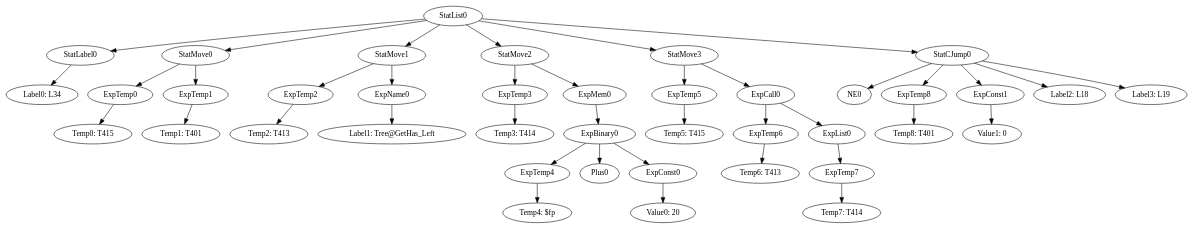
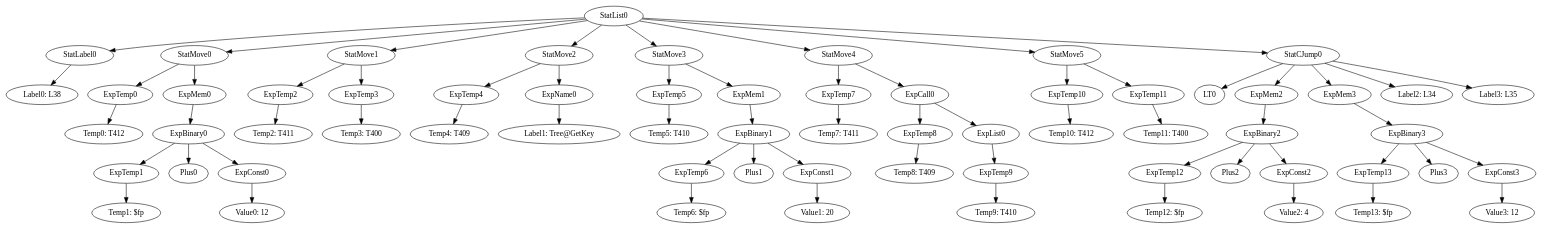
Before and after one commit to team-compilers/compilers: the diagram in MiniJava/results/SamplesCorrect/TreeVisitor/Tree@Delete/blocks/3.gv, drawn with Graphviz. The commit also changed 569 other files, not shown here.

```diff
--- a/MiniJava/results/SamplesCorrect/TreeVisitor/Tree@Delete/blocks/3.gv
+++ b/MiniJava/results/SamplesCorrect/TreeVisitor/Tree@Delete/blocks/3.gv
@@ -1,42 +1,67 @@
 digraph {
 	ordering = out;
-	ExpConst1 -> "Value1: 0";
-	ExpName0 -> "Label1: Tree@GetHas_Left";
-	StatMove2 -> ExpTemp3;
-	StatMove2 -> ExpMem0;
-	ExpTemp2 -> "Temp2: T413";
-	ExpTemp3 -> "Temp3: T414";
-	StatLabel0 -> "Label0: L34";
+	ExpMem3 -> ExpBinary3;
+	ExpConst3 -> "Value3: 12";
+	ExpBinary3 -> ExpTemp13;
+	ExpBinary3 -> Plus3;
+	ExpBinary3 -> ExpConst3;
+	ExpTemp13 -> "Temp13: $fp";
+	ExpConst2 -> "Value2: 4";
+	ExpBinary2 -> ExpTemp12;
+	ExpBinary2 -> Plus2;
+	ExpBinary2 -> ExpConst2;
+	ExpList0 -> ExpTemp9;
+	ExpTemp9 -> "Temp9: T410";
+	ExpMem2 -> ExpBinary2;
+	ExpCall0 -> ExpTemp8;
+	ExpCall0 -> ExpList0;
+	StatCJump0 -> LT0;
+	StatCJump0 -> ExpMem2;
+	StatCJump0 -> ExpMem3;
+	StatCJump0 -> "Label2: L34";
+	StatCJump0 -> "Label3: L35";
+	ExpTemp8 -> "Temp8: T409";
+	StatMove1 -> ExpTemp2;
+	StatMove1 -> ExpTemp3;
+	StatMove5 -> ExpTemp10;
+	StatMove5 -> ExpTemp11;
+	ExpConst1 -> "Value1: 20";
+	ExpBinary1 -> ExpTemp6;
+	ExpBinary1 -> Plus1;
+	ExpBinary1 -> ExpConst1;
+	ExpTemp10 -> "Temp10: T412";
+	ExpTemp2 -> "Temp2: T411";
+	StatMove2 -> ExpTemp4;
+	StatMove2 -> ExpName0;
+	ExpConst0 -> "Value0: 12";
+	ExpMem1 -> ExpBinary1;
+	StatLabel0 -> "Label0: L38";
 	StatList0 -> StatLabel0;
 	StatList0 -> StatMove0;
 	StatList0 -> StatMove1;
 	StatList0 -> StatMove2;
 	StatList0 -> StatMove3;
+	StatList0 -> StatMove4;
+	StatList0 -> StatMove5;
 	StatList0 -> StatCJump0;
-	ExpTemp0 -> "Temp0: T415";
-	StatMove0 -> ExpTemp0;
-	StatMove0 -> ExpTemp1;
-	ExpTemp7 -> "Temp7: T414";
-	ExpTemp4 -> "Temp4: $fp";
-	ExpCall0 -> ExpTemp6;
-	ExpCall0 -> ExpList0;
-	ExpBinary0 -> ExpTemp4;
+	ExpTemp0 -> "Temp0: T412";
+	ExpTemp12 -> "Temp12: $fp";
+	ExpBinary0 -> ExpTemp1;
 	ExpBinary0 -> Plus0;
 	ExpBinary0 -> ExpConst0;
-	ExpConst0 -> "Value0: 20";
+	StatMove0 -> ExpTemp0;
+	StatMove0 -> ExpMem0;
+	ExpTemp3 -> "Temp3: T400";
+	ExpName0 -> "Label1: Tree@GetKey";
+	ExpTemp4 -> "Temp4: T409";
+	ExpTemp7 -> "Temp7: T411";
+	ExpTemp1 -> "Temp1: $fp";
+	ExpTemp5 -> "Temp5: T410";
+	ExpTemp11 -> "Temp11: T400";
+	StatMove3 -> ExpTemp5;
+	StatMove3 -> ExpMem1;
+	ExpTemp6 -> "Temp6: $fp";
 	ExpMem0 -> ExpBinary0;
-	ExpTemp1 -> "Temp1: T401";
-	ExpTemp5 -> "Temp5: T415";
-	StatMove3 -> ExpTemp5;
-	StatMove3 -> ExpCall0;
-	ExpTemp6 -> "Temp6: T413";
-	ExpList0 -> ExpTemp7;
-	StatMove1 -> ExpTemp2;
-	StatMove1 -> ExpName0;
-	ExpTemp8 -> "Temp8: T401";
-	StatCJump0 -> NE0;
-	StatCJump0 -> ExpTemp8;
-	StatCJump0 -> ExpConst1;
-	StatCJump0 -> "Label2: L18";
-	StatCJump0 -> "Label3: L19";
+	StatMove4 -> ExpTemp7;
+	StatMove4 -> ExpCall0;
 }
```
